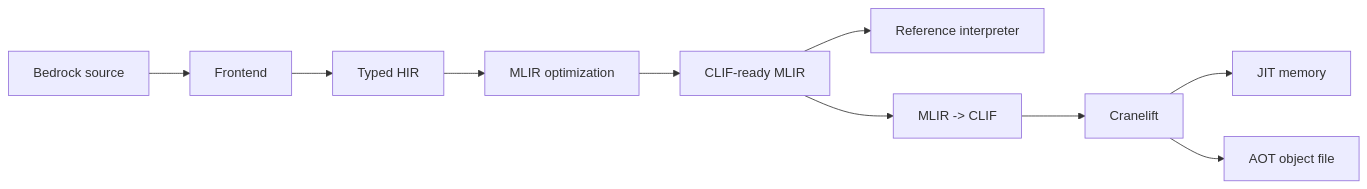
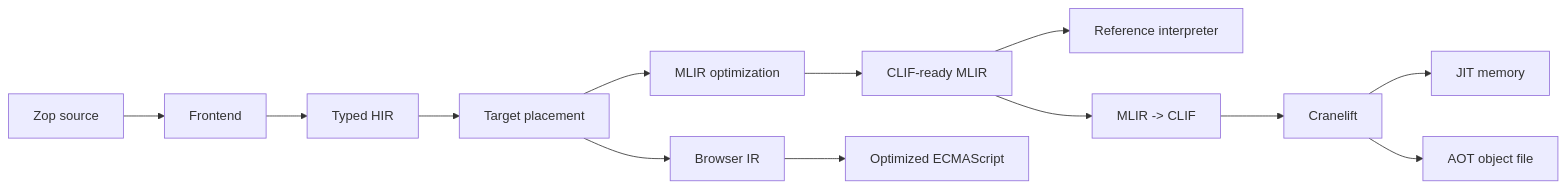
Before and after one commit to zop-lang/zop: the diagram in docs/architecture/README.md, drawn with Mermaid. The commit also changed other lines of this file and 39 other files, not shown here.

Commit message:
docs(architecture): define zop contracts

````diff
--- a/docs/architecture/README.md
+++ b/docs/architecture/README.md
@@ -17,12 +18,15 @@
 ```mermaid
 flowchart LR
-    source["Bedrock source"] --> frontend["Frontend"]
+    source["Zop source"] --> frontend["Frontend"]
     frontend --> hir["Typed HIR"]
-    hir --> mlir["MLIR optimization"]
+    hir --> place["Target placement"]
+    place --> mlir["MLIR optimization"]
+    place --> browser["Browser IR"]
     mlir --> base["CLIF-ready MLIR"]
     base --> oracle["Reference interpreter"]
     base --> translator["MLIR -> CLIF"]
     translator --> cranelift["Cranelift"]
     cranelift --> jit["JIT memory"]
     cranelift --> object["AOT object file"]
+    browser --> javascript["Optimized ECMAScript"]
 ```
````
